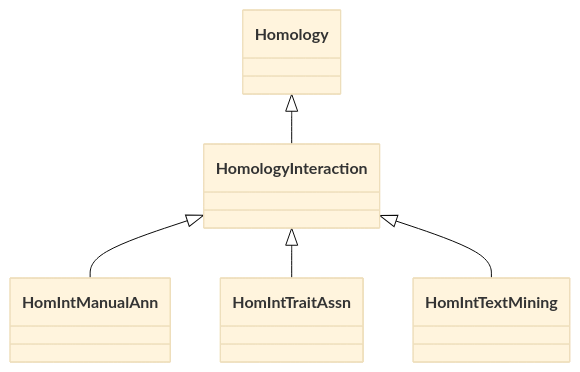
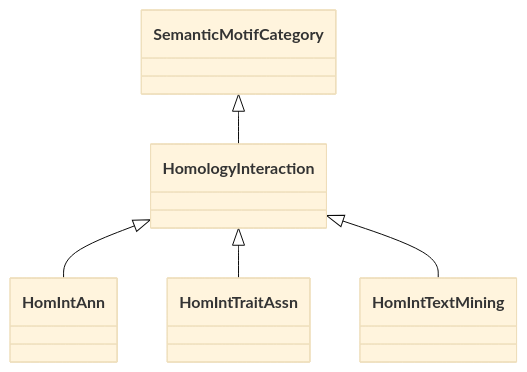
Before and after one commit to KnetMiner/knetminer-schemas: the diagram in semantic-motif-taxonomy/knet-motif-categories-doc/HomologyInteraction.md, drawn with Mermaid (base theme). The commit also changed other lines of this file and 59 other files, not shown here.

````diff
--- a/semantic-motif-taxonomy/knet-motif-categories-doc/HomologyInteraction.md
+++ b/semantic-motif-taxonomy/knet-motif-categories-doc/HomologyInteraction.md
@@ -25,18 +25,18 @@
 ```mermaid
  classDiagram
     class HomologyInteraction
     click HomologyInteraction href "../HomologyInteraction"
-      Homology <|-- HomologyInteraction
-        click Homology href "../Homology"
+      SemanticMotifCategory <|-- HomologyInteraction
+        click SemanticMotifCategory href "../SemanticMotifCategory"
       
 
-      HomologyInteraction <|-- HomIntManualAnn
-        click HomIntManualAnn href "../HomIntManualAnn"
+      HomologyInteraction <|-- HomIntAnn
+        click HomIntAnn href "../HomIntAnn"
       HomologyInteraction <|-- HomIntTraitAssn
         click HomIntTraitAssn href "../HomIntTraitAssn"
       HomologyInteraction <|-- HomIntTextMining
         click HomIntTextMining href "../HomIntTextMining"
       
       
       
 ```
````
